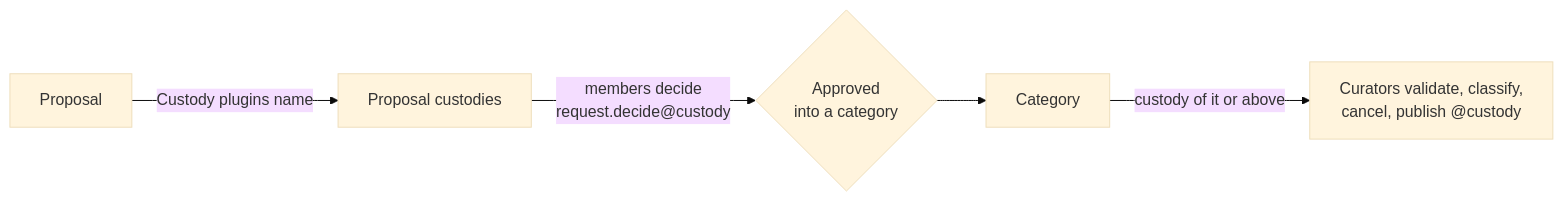
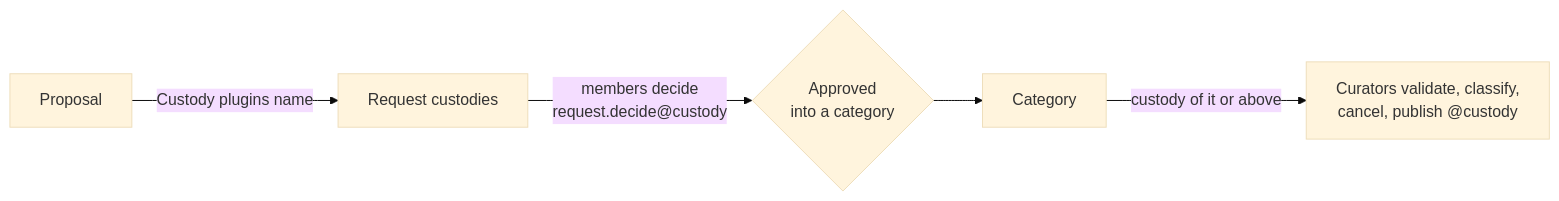
The diagram in docs/reference/access/custody.md (moravianlibrary/vera), drawn with Mermaid (base theme) before and after one commit. The commit also changed other lines of this file and 84 other files, not shown here.

````diff
--- a/docs/reference/access/custody.md
+++ b/docs/reference/access/custody.md
@@ -13,7 +13,7 @@
 ```mermaid
 flowchart LR
-  P["Proposal"] -->|"Custody plugins name"| PC["Proposal custodies"]
+  P["Proposal"] -->|"Custody plugins name"| PC["Request custodies"]
   PC -->|"members decide<br/>request.decide@custody"| D{"Approved<br/>into a category"}
   D --> C["Category"]
   C -->|"custody of it or above"| W["Curators validate, classify,<br/>cancel, publish @custody"]
 ```
````
